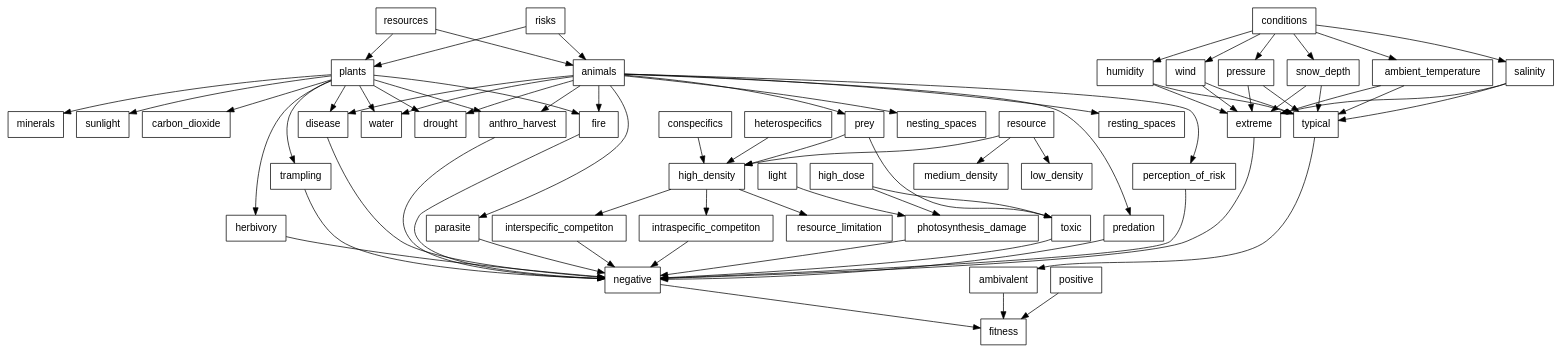
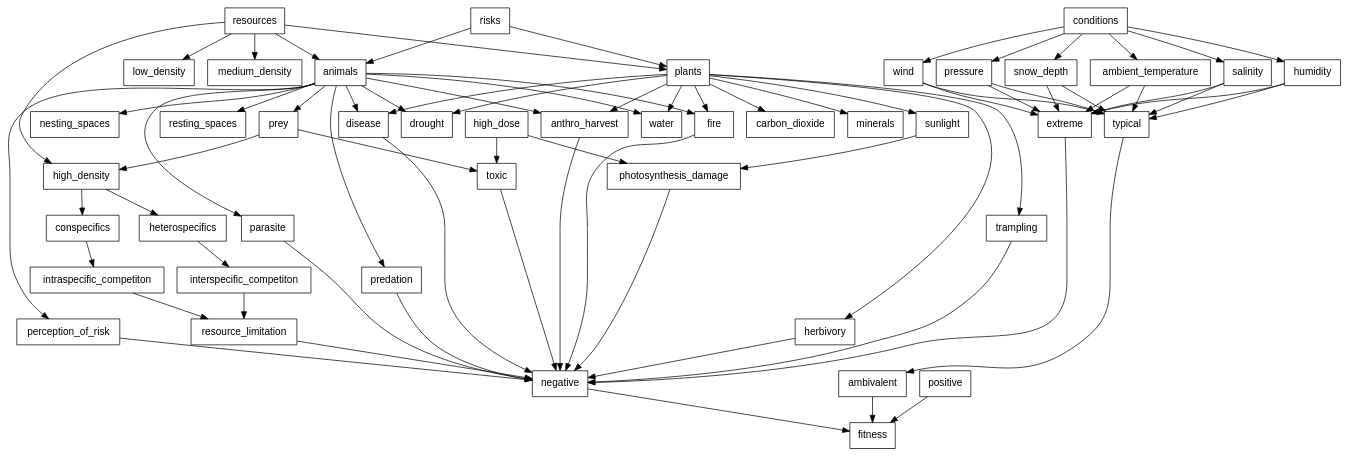
The diagram in gv/resources-risks-conditions.gv (robitalec/comprehensive-exam), drawn with Graphviz before and after one commit.

Commit message:
fix conspecifics/hetero

```diff
--- a/gv/resources-risks-conditions.gv
+++ b/gv/resources-risks-conditions.gv
@@ -1,41 +1,44 @@
 digraph resources_risks_conditions {
 
   graph [fontsize = 12]
 
 	node [shape = box, fontname = Helvetica]
 
 		{rank=same
     resources
     risks
     conditions
 		}
 
 		{rank=same
     animals
     plants
 		}
 
     resources -> plants -> {sunlight carbon_dioxide water minerals}
     resources -> animals -> {prey water nesting_spaces resting_spaces}
 
     risks -> plants -> {herbivory trampling anthro_harvest fire disease drought}
     risks -> animals -> {predation perception_of_risk parasite disease anthro_harvest fire drought}
 
     conditions -> {ambient_temperature salinity humidity wind pressure snow_depth} -> {extreme typical}
 
     {prey high_dose} -> toxic
-    {light high_dose} -> photosynthesis_damage
+    {sunlight high_dose} -> photosynthesis_damage
 
-    {prey conspecifics heterospecifics} -> high_density -> {intraspecific_competiton resource_limitation interspecific_competiton}
+    prey -> high_density -> {conspecifics heterospecifics}
+    conspecifics -> intraspecific_competiton
+    heterospecifics -> interspecific_competiton
+  	{intraspecific_competiton interspecific_competiton} -> resource_limitation
 
-    resource -> {low_density medium_density high_density}
+    resources -> {low_density medium_density high_density}
 
     extreme -> negative
     typical -> ambivalent
 
-    {toxic photosynthesis_damage interspecific_competiton intraspecific_competiton} -> negative
-    {herbivory trampling anthro_harvest fire disease parasite perception_of_risk predation} -> negative
+    {toxic photosynthesis_damage} -> negative
+    {herbivory trampling anthro_harvest fire disease parasite perception_of_risk predation resource_limitation} -> negative
 
     {positive  negative  ambivalent} -> fitness
 
 }
```
